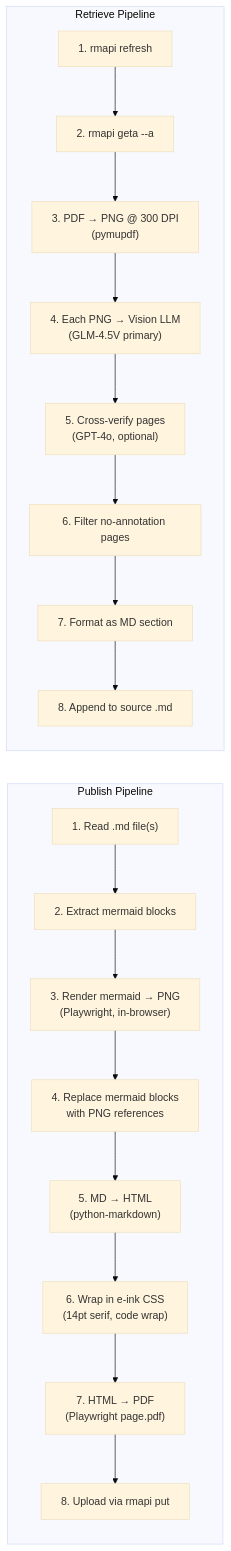
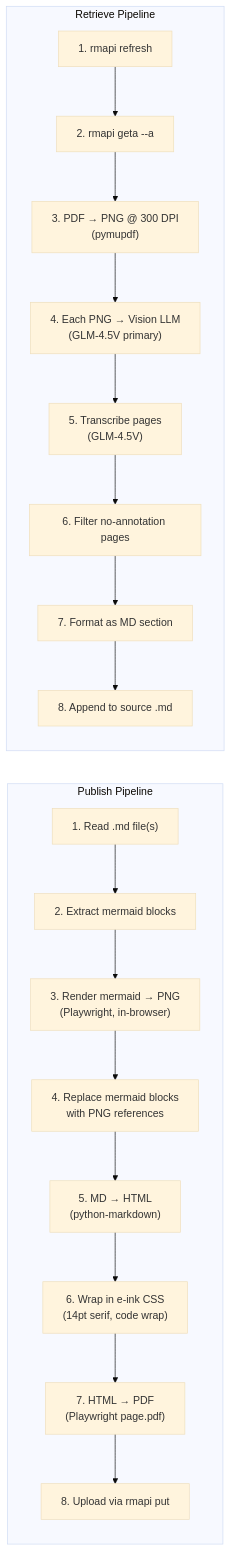
The third of 4 diagrams in docs/ARCHITECTURE.md (vevmesteren/obsidian-rm-bridge), drawn with Mermaid (base theme) before and after one commit. The commit also changed other lines of this file and 18 other files, not shown here.

````diff
--- a/docs/ARCHITECTURE.md
+++ b/docs/ARCHITECTURE.md
@@ -119,26 +123,26 @@
 ```mermaid
 graph LR
     subgraph publish["Publish Pipeline"]
         P1["1. Read .md file(s)"]
         P2["2. Extract mermaid blocks"]
         P3["3. Render mermaid → PNG<br/>(Playwright, in-browser)"]
         P4["4. Replace mermaid blocks<br/>with PNG references"]
         P5["5. MD → HTML<br/>(python-markdown)"]
         P6["6. Wrap in e-ink CSS<br/>(14pt serif, code wrap)"]
         P7["7. HTML → PDF<br/>(Playwright page.pdf)"]
         P8["8. Upload via rmapi put"]
         P1 --> P2 --> P3 --> P4 --> P5 --> P6 --> P7 --> P8
     end
 
     subgraph retrieve["Retrieve Pipeline"]
         R1["1. rmapi refresh"]
         R2["2. rmapi geta --a"]
         R3["3. PDF → PNG @ 300 DPI<br/>(pymupdf)"]
         R4["4. Each PNG → Vision LLM<br/>(GLM-4.5V primary)"]
-        R5["5. Cross-verify pages<br/>(GPT-4o, optional)"]
+        R5["5. Transcribe pages\n(GLM-4.5V)"]
         R6["6. Filter no-annotation pages"]
         R7["7. Format as MD section"]
         R8["8. Append to source .md"]
         R1 --> R2 --> R3 --> R4 --> R5 --> R6 --> R7 --> R8
     end
 ```
````
